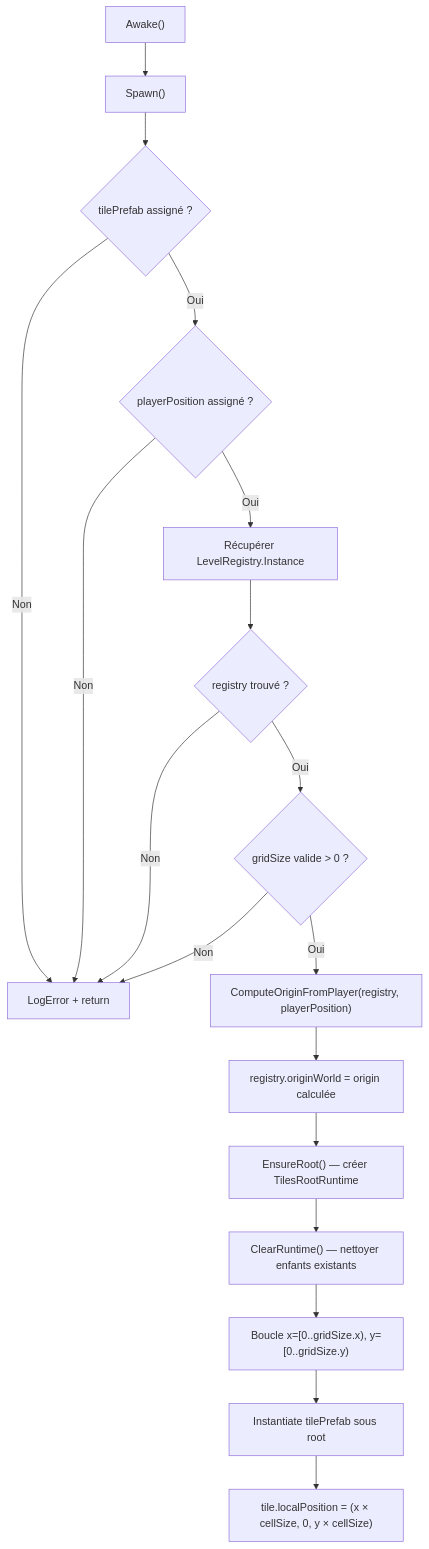
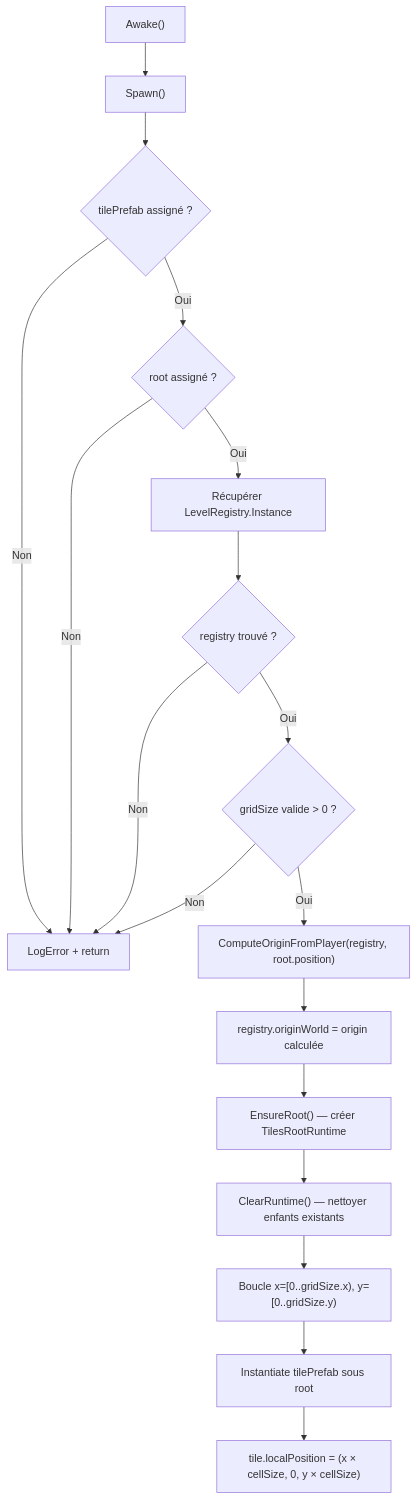
Diagram 13 of 14 in Docs/TDD.md (PierreChagnon/BUGS), drawn with Mermaid before and after one commit. The commit also changed other lines of this file, not shown here.

````diff
--- a/Docs/TDD.md
+++ b/Docs/TDD.md
@@ -1195,20 +1263,20 @@
 ```mermaid
 graph TD
     A["Awake()"] --> B["Spawn()"]
     B --> C{tilePrefab assigné ?}
     C -->|Non| D["LogError + return"]
-    C -->|Oui| E{playerPosition assigné ?}
+    C -->|Oui| E{root assigné ?}
     E -->|Non| D
     E -->|Oui| F["Récupérer LevelRegistry.Instance"]
     F --> G{registry trouvé ?}
     G -->|Non| D
     G -->|Oui| H{gridSize valide > 0 ?}
     H -->|Non| D
-    H -->|Oui| I["ComputeOriginFromPlayer(registry, playerPosition)"]
+    H -->|Oui| I["ComputeOriginFromPlayer(registry, root.position)"]
     I --> J["registry.originWorld = origin calculée"]
     J --> K["EnsureRoot() — créer TilesRootRuntime"]
     K --> L["ClearRuntime() — nettoyer enfants existants"]
     L --> M["Boucle x=[0..gridSize.x), y=[0..gridSize.y)"]
     M --> N["Instantiate tilePrefab sous root"]
     N --> O["tile.localPosition = (x × cellSize, 0, y × cellSize)"]
 ```
````
